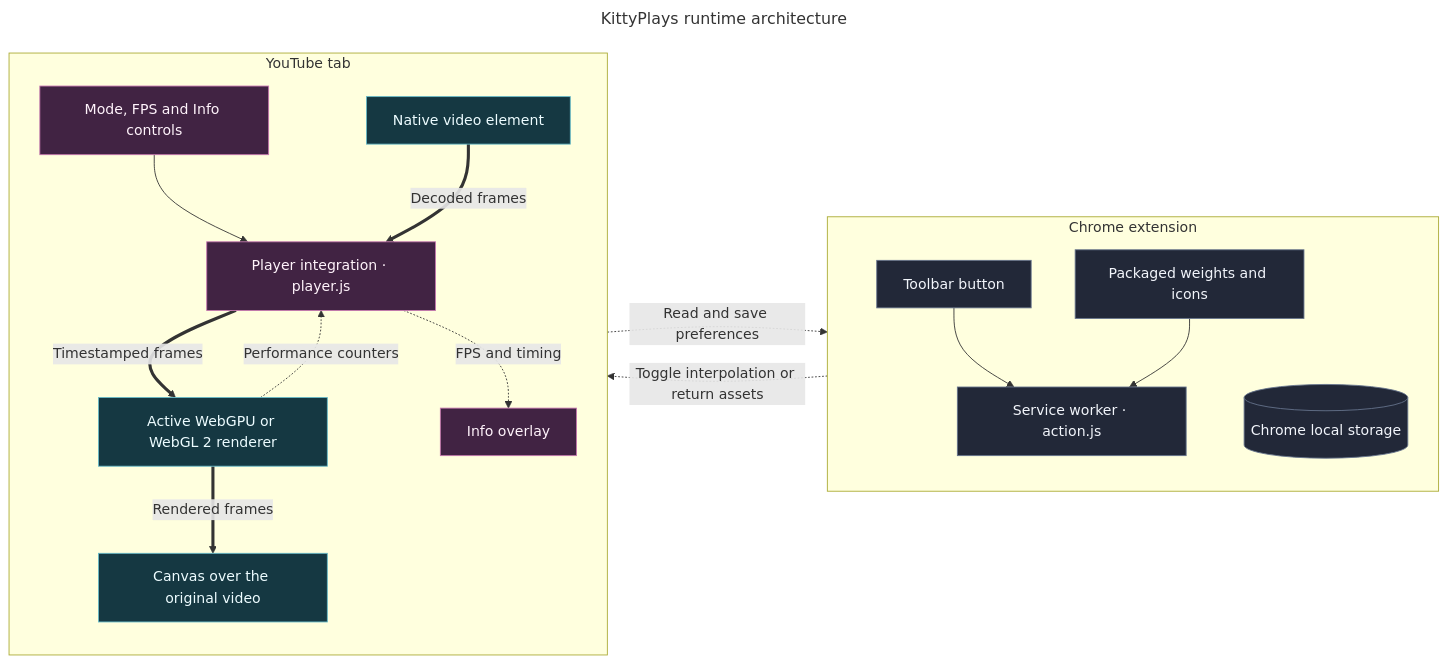
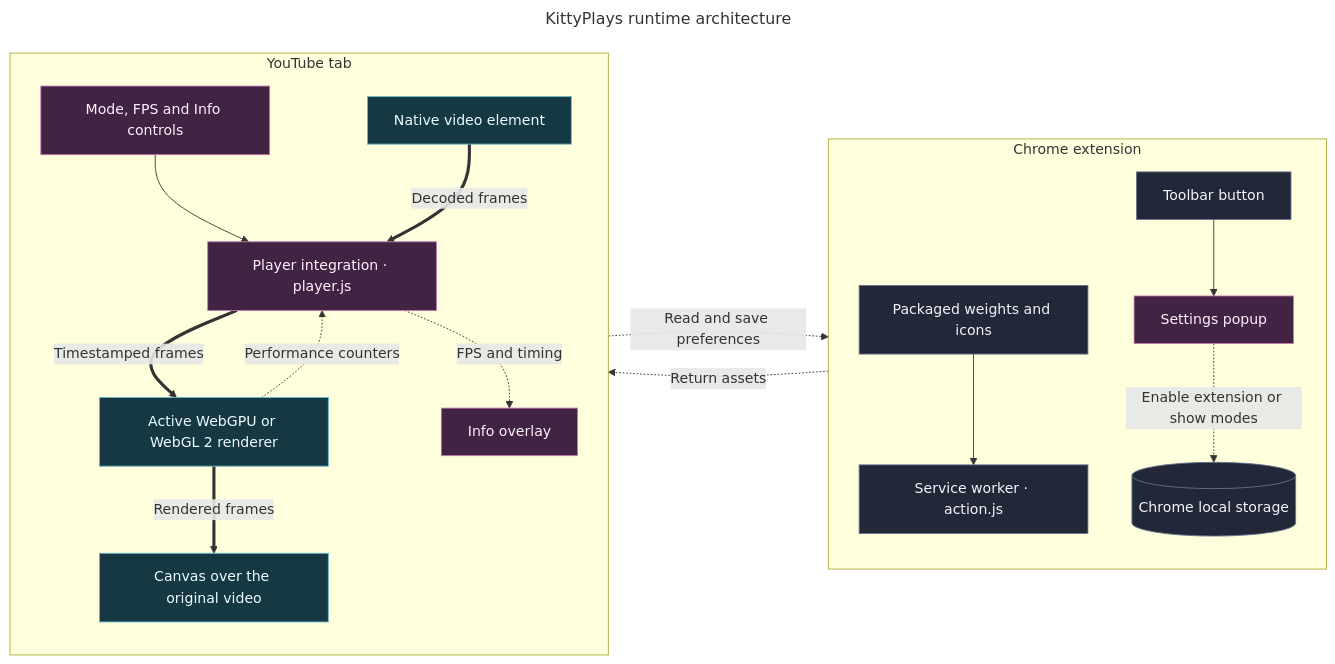
The first of 2 diagrams in README.md (tapahob/KittyPlays), drawn with Mermaid before and after one commit. The commit also changed other lines of this file and 7 other files, not shown here.

Commit message:
Add KittyPlays toolbar settings popup

````diff
--- a/README.md
+++ b/README.md
@@ -49,32 +49,33 @@
 ```mermaid
 ---
 title: KittyPlays runtime architecture
 ---
 flowchart LR
     subgraph Extension["Chrome extension"]
         direction TB
-        Toolbar["Toolbar button"] --> Worker["Service worker · action.js"]
-        Assets["Packaged weights and icons"] --> Worker
+        Toolbar["Toolbar button"] --> Popup["Settings popup"]
+        Assets["Packaged weights and icons"] --> Worker["Service worker · action.js"]
         Storage[("Chrome local storage")]
+        Popup -.->|"Enable extension or show modes"| Storage
     end
 
     subgraph Tab["YouTube tab"]
         direction TB
         Controls["Mode, FPS and Info controls"] --> Player["Player integration · player.js"]
         Video["Native video element"] ==>|"Decoded frames"| Player
         Player ==>|"Timestamped frames"| Renderer["Active WebGPU or WebGL 2 renderer"]
         Renderer ==>|"Rendered frames"| Canvas["Canvas over the original video"]
         Renderer -.->|"Performance counters"| Player
         Player -.->|"FPS and timing"| HUD["Info overlay"]
     end
 
-    Worker -.->|"Toggle interpolation or return assets"| Player
+    Worker -.->|"Return assets"| Player
     Player -.->|"Read and save preferences"| Storage
 
     classDef host fill:#222838,stroke:#66738c,color:#f2f5fb
     classDef control fill:#412343,stroke:#c576ae,color:#fff3fb
     classDef frame fill:#153842,stroke:#65b9c7,color:#edfcff
     class Toolbar,Worker,Assets,Storage host
-    class Controls,Player,HUD control
+    class Popup,Controls,Player,HUD control
     class Video,Renderer,Canvas frame
 ```
````
